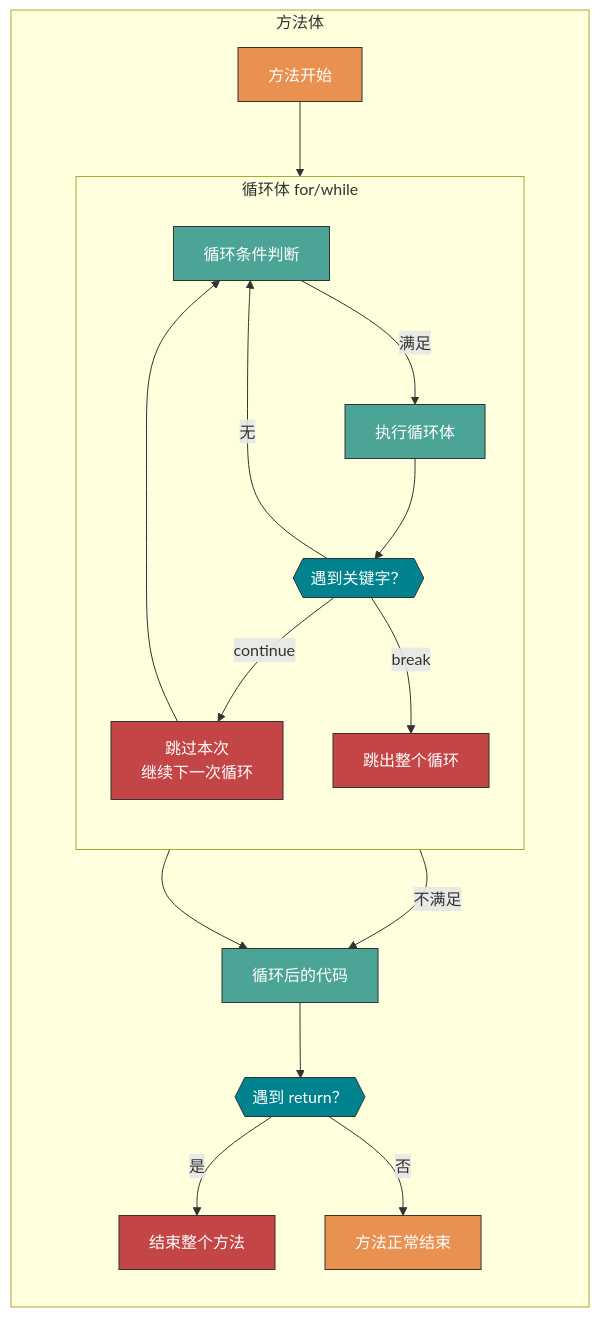
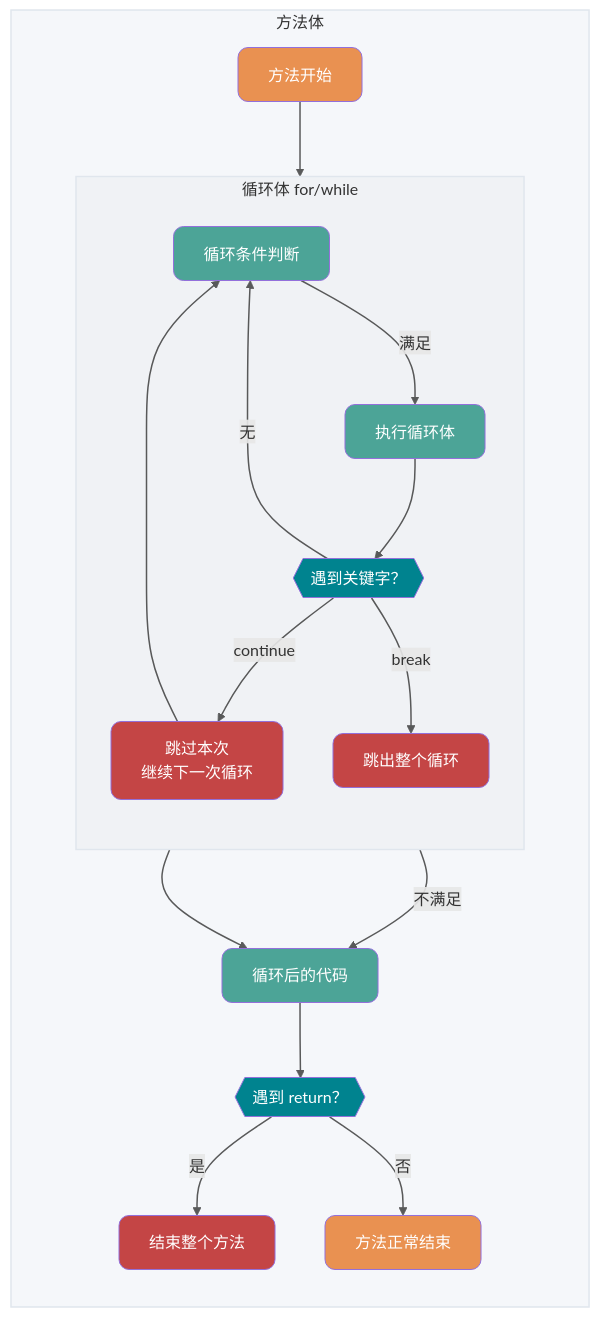
One commit to Snailclimb/JavaGuide changed the third of 5 diagrams in docs/java/basis/java-basic-questions-01.md. Above: the diagram before and after it, drawn with Mermaid. The commit also changed other lines of this file and 7 other files, not shown here.

Commit message:
docs：mermaid 配图样式优化

````diff
--- a/docs/java/basis/java-basic-questions-01.md
+++ b/docs/java/basis/java-basic-questions-01.md
@@ -470,33 +473,37 @@
 ```mermaid
 flowchart TB
     subgraph Method["方法体"]
         direction TB
+        style Method fill:#F5F7FA,stroke:#E0E6ED,stroke-width:1.5px
         Start["方法开始"] --> Loop
 
         subgraph Loop["循环体 for/while"]
             direction TB
+            style Loop fill:#F0F2F5,stroke:#E0E6ED,stroke-width:1.5px
             L1["循环条件判断"] -->|"满足"| L2["执行循环体"]
             L2 --> L3{{"遇到关键字？"}}
             L3 -->|"continue"| Continue["跳过本次<br/>继续下一次循环"]
             L3 -->|"break"| Break["跳出整个循环"]
             L3 -->|"无"| L1
             Continue --> L1
         end
 
         Break --> AfterLoop["循环后的代码"]
         L1 -->|"不满足"| AfterLoop
         AfterLoop --> L4{{"遇到 return？"}}
         L4 -->|"是"| Return["结束整个方法"]
         L4 -->|"否"| End["方法正常结束"]
     end
 
-    classDef start fill:#E99151,stroke:#333,color:#fff
-    classDef loop fill:#4CA497,stroke:#333,color:#fff
-    classDef decision fill:#00838F,stroke:#333,color:#fff
-    classDef alert fill:#C44545,stroke:#333,color:#fff
+    classDef start fill:#E99151,color:#fff,rx:10,ry:10
+    classDef loop fill:#4CA497,color:#fff,rx:10,ry:10
+    classDef decision fill:#00838F,color:#fff,rx:10,ry:10
+    classDef alert fill:#C44545,color:#fff,rx:10,ry:10
 
     class Start,End start
     class L1,L2,AfterLoop loop
     class L3,L4 decision
     class Continue,Break,Return alert
+
+    linkStyle default stroke-width:1.5px,opacity:0.8
 ```
````
